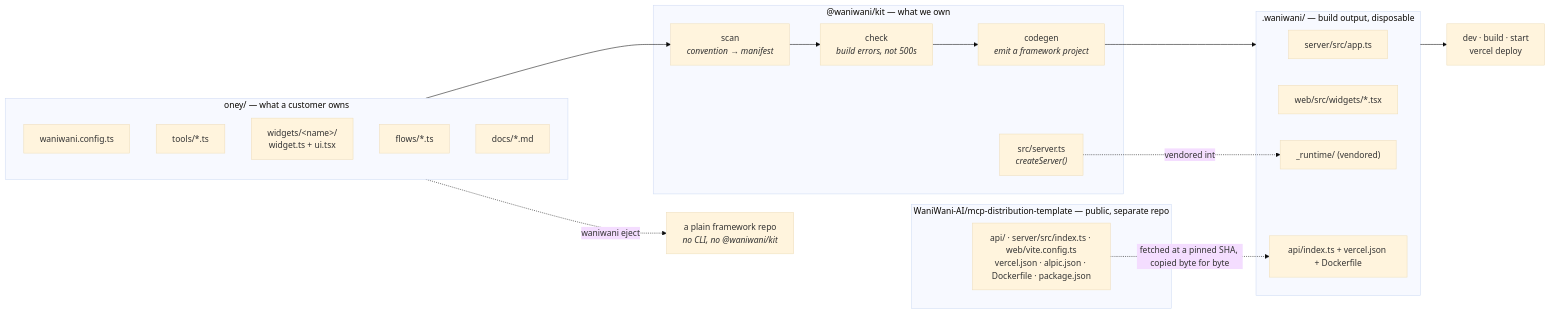
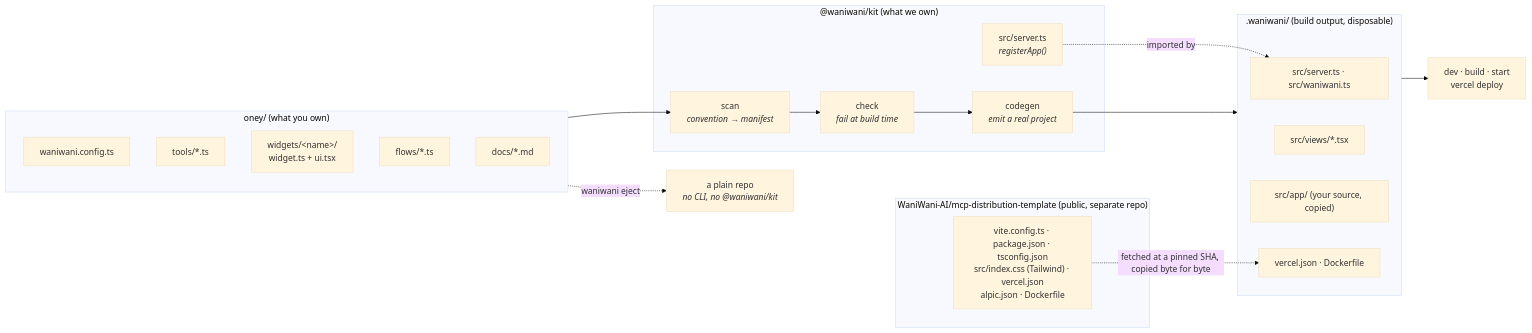
One commit to WaniWani-AI/kit changed the first of 2 diagrams in README.md. Above: the diagram before and after it, drawn with Mermaid (base theme). The commit also changed other lines of this file and 7 other files, not shown here.

````diff
--- a/README.md
+++ b/README.md
@@ -22,34 +64,34 @@
 ```mermaid
 flowchart LR
-    subgraph app["oney/ — what a customer owns"]
+    subgraph app["oney/ (what you own)"]
         cfg["waniwani.config.ts"]
         tools["tools/*.ts"]
         widgets["widgets/&lt;name&gt;/<br/>widget.ts + ui.tsx"]
         flows["flows/*.ts"]
         docs["docs/*.md"]
     end
 
-    subgraph tpl["WaniWani-AI/mcp-distribution-template — public, separate repo"]
-        raw["api/ · server/src/index.ts · web/vite.config.ts<br/>vercel.json · alpic.json · Dockerfile · package.json"]
+    subgraph tpl["WaniWani-AI/mcp-distribution-template (public, separate repo)"]
+        raw["vite.config.ts · package.json · tsconfig.json<br/>src/index.css (Tailwind) · vercel.json<br/>alpic.json · Dockerfile"]
     end
 
-    subgraph cli["@waniwani/kit — what we own"]
+    subgraph cli["@waniwani/kit (what we own)"]
         scan["scan<br/><i>convention → manifest</i>"]
-        check["check<br/><i>build errors, not 500s</i>"]
-        gen["codegen<br/><i>emit a framework project</i>"]
-        runtime["src/server.ts<br/><i>createServer()</i>"]
+        check["check<br/><i>fail at build time</i>"]
+        gen["codegen<br/><i>emit a real project</i>"]
+        runtime["src/server.ts<br/><i>registerApp()</i>"]
     end
 
-    subgraph out[".waniwani/ — build output, disposable"]
-        server["server/src/app.ts"]
-        views["web/src/widgets/*.tsx"]
-        api["api/index.ts + vercel.json + Dockerfile"]
-        vendored["_runtime/ (vendored)"]
+    subgraph out[".waniwani/ (build output, disposable)"]
+        server["src/server.ts · src/waniwani.ts"]
+        views["src/views/*.tsx"]
+        appsrc["src/app/ (your source, copied)"]
+        deployfiles["vercel.json · Dockerfile"]
     end
 
     app --> scan --> check --> gen --> out
-    runtime -.vendored into.-> vendored
-    raw -.fetched at a pinned SHA, copied byte for byte.-> api
+    runtime -.imported by.-> server
+    raw -.fetched at a pinned SHA, copied byte for byte.-> deployfiles
     out --> deploy["dev · build · start<br/>vercel deploy"]
-    app -.waniwani eject.-> ejected["a plain framework repo<br/><i>no CLI, no @waniwani/kit</i>"]
+    app -.waniwani eject.-> ejected["a plain repo<br/><i>no CLI, no @waniwani/kit</i>"]
 ```
````
